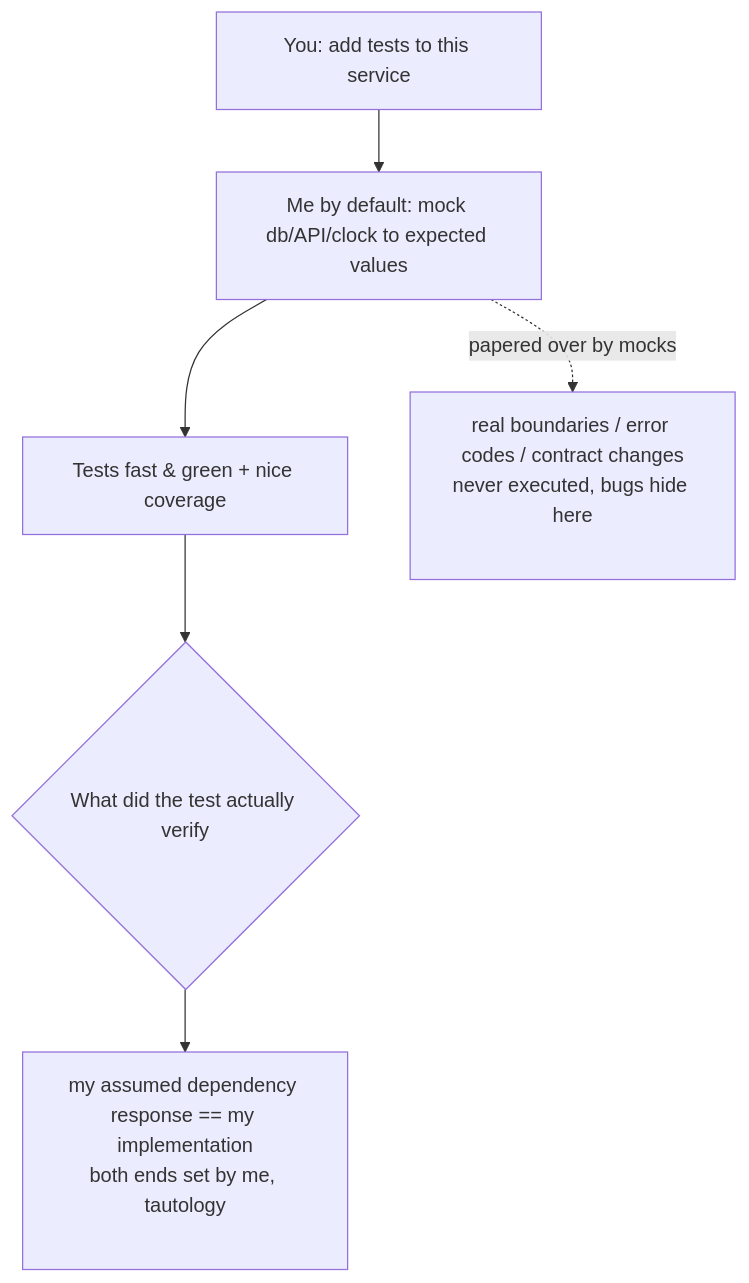
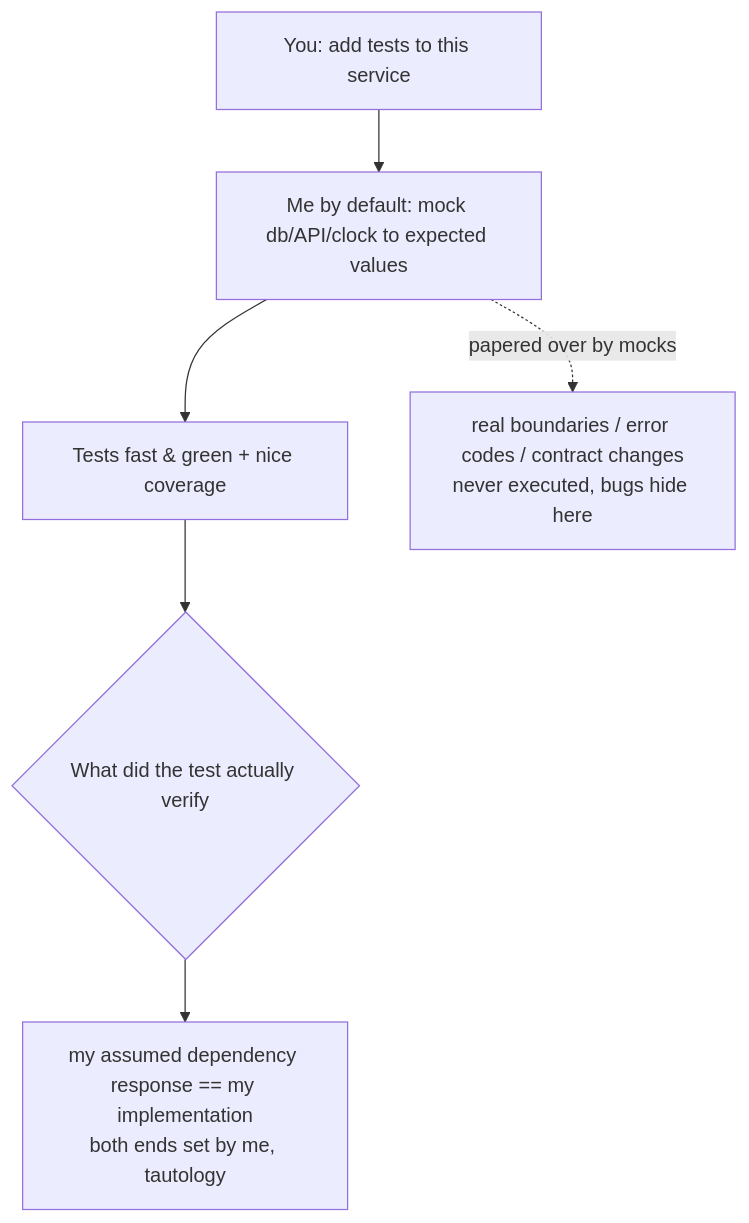
One commit to XuebinMa/AIWiki changed the diagram in i18n/en/docusaurus-plugin-content-docs/current/06-testing/over-mocking.mdx. Above: the diagram before and after it, drawn with Mermaid. The commit also changed 99 other files, not shown here.

First line of the commit message:
fix(mermaid): 全局根治节点文字裁切（htmlLabels:false + 清理 br/nbsp 占位）(#26)

````diff
--- a/i18n/en/docusaurus-plugin-content-docs/current/06-testing/over-mocking.mdx
+++ b/i18n/en/docusaurus-plugin-content-docs/current/06-testing/over-mocking.mdx
@@ -37,9 +37,9 @@
 ```mermaid
 flowchart TD
     A[You: add tests to this service] --> B[Me by default: mock db/API/clock to expected values]
     B --> C[Tests fast & green + nice coverage]
     C --> D{What did the test actually verify}
-    D --> E["my assumed dependency response == my implementation<br/>both ends set by me, tautology<br/>&nbsp;"]
-    F["real boundaries / error codes / contract changes<br/>never executed, bugs hide here<br/>&nbsp;"]
+    D --> E["my assumed dependency response == my implementation<br/>both ends set by me, tautology"]
+    F["real boundaries / error codes / contract changes<br/>never executed, bugs hide here"]
     B -.papered over by mocks.-> F
 ```
````
